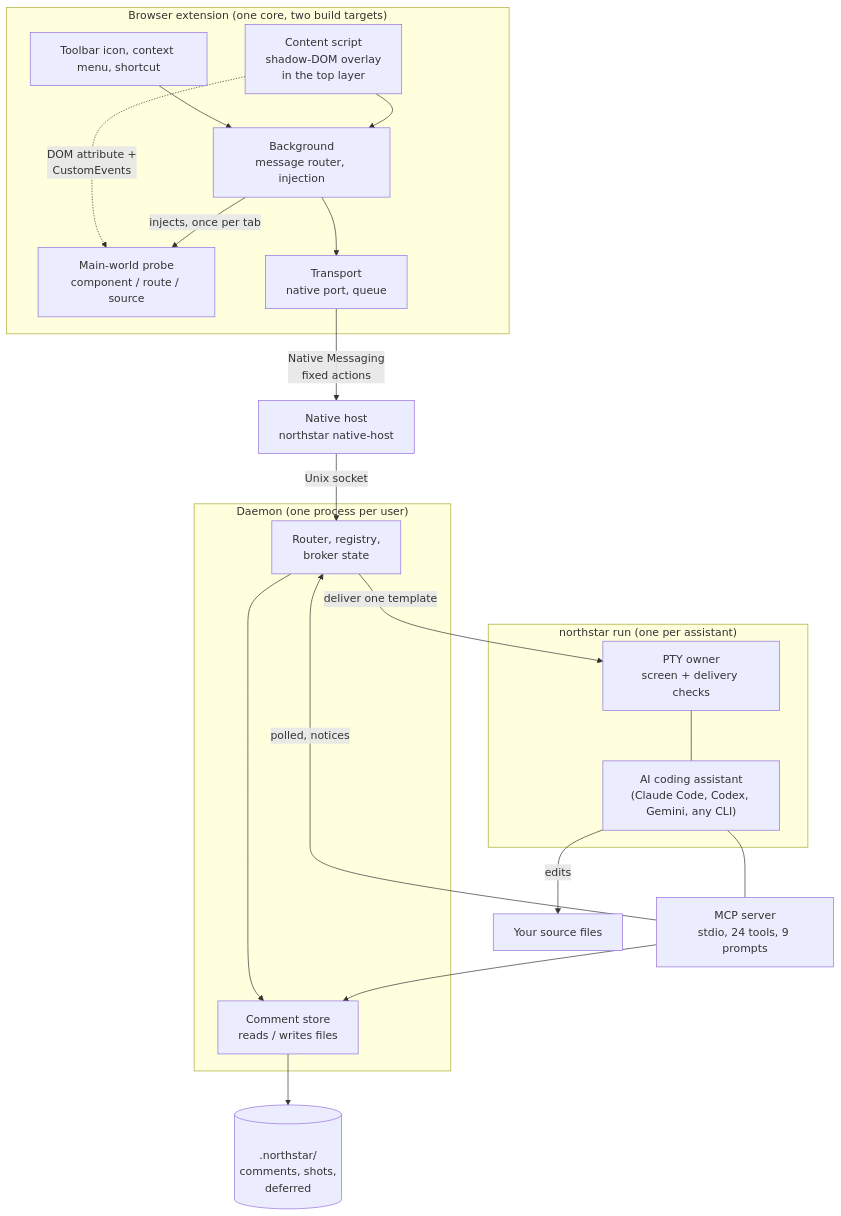
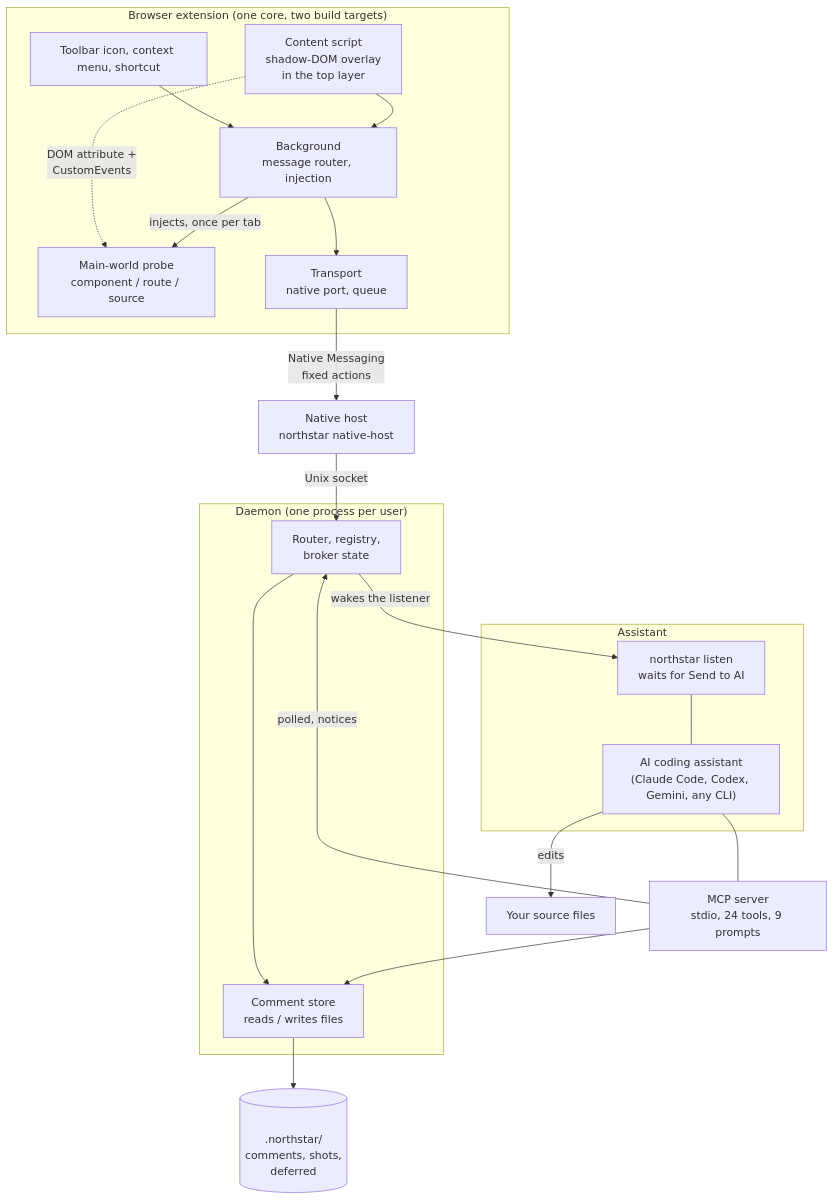
One commit to pallandir/northstar changed the first of 3 diagrams in docs/architecture.md. Above: the diagram before and after it, drawn with Mermaid. The commit also changed other lines of this file and 31 other files, not shown here.

````diff
--- a/docs/architecture.md
+++ b/docs/architecture.md
@@ -14,41 +14,41 @@
 ```mermaid
 flowchart TB
     subgraph Browser["Browser extension (one core, two build targets)"]
       Icon["Toolbar icon, context menu, shortcut"]
       Worker["Background<br/>message router, injection"]
       Content["Content script<br/>shadow-DOM overlay<br/>in the top layer"]
       Probe["Main-world probe<br/>component / route / source"]
       Transport["Transport<br/>native port, queue"]
       Icon --> Worker
       Content --> Worker
       Content -. "DOM attribute +<br/>CustomEvents" .-> Probe
       Worker -- "injects, once per tab" --> Probe
       Worker --> Transport
     end
 
     Host["Native host<br/>northstar native-host"]
 
     subgraph Daemon["Daemon (one process per user)"]
       Core["Router, registry,<br/>broker state"]
       Store["Comment store<br/>reads / writes files"]
       Core --> Store
     end
 
-    subgraph Session["northstar run (one per assistant)"]
-      Wrapper["PTY owner<br/>screen + delivery checks"]
+    subgraph Session["Assistant"]
+      Listener["northstar listen<br/>waits for Send to AI"]
       Assistant["AI coding assistant<br/>(Claude Code, Codex, Gemini, any CLI)"]
-      Wrapper --- Assistant
+      Listener --- Assistant
     end
 
     Mcp["MCP server<br/>stdio, 24 tools, 9 prompts"]
     Disk[("<br/>.northstar/<br/>comments, shots,<br/>deferred<br/>")]
 
     Transport -- "Native Messaging<br/>fixed actions" --> Host
     Host -- "Unix socket" --> Core
-    Core -- "deliver one template" --> Wrapper
+    Core -- "wakes the listener" --> Listener
     Assistant --- Mcp
     Mcp --> Store
     Mcp -- "polled, notices" --> Core
     Store --> Disk
     Assistant -- "edits" --> Repo["Your source files"]
 ```
````
